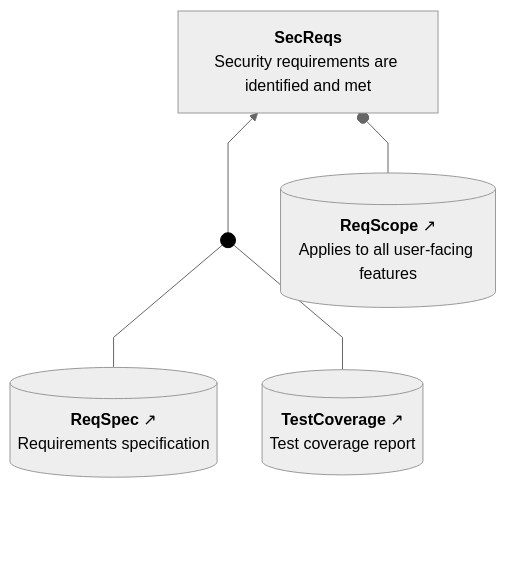
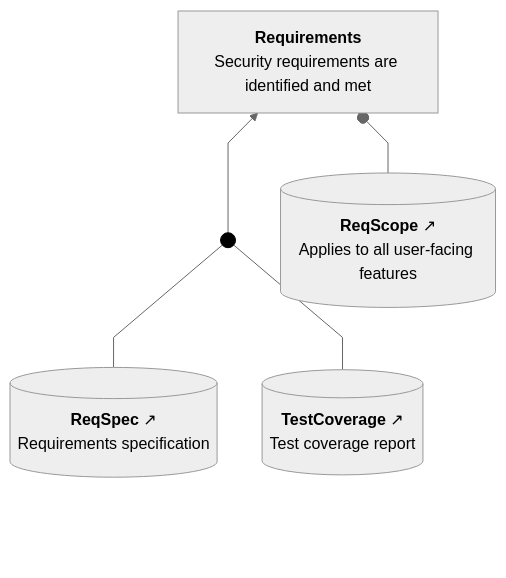
One commit to david-a-wheeler/caseproc changed the second of 3 diagrams in tests/fixtures/badgeapp-doc-input.expected.md. Above: the diagram before and after it, drawn with Mermaid. The commit also changed other lines of this file and 6 other files, not shown here.

````diff
--- a/tests/fixtures/badgeapp-doc-input.expected.md
+++ b/tests/fixtures/badgeapp-doc-input.expected.md
@@ -56,30 +56,30 @@
 ```mermaid
 ---
 config:
   theme: neutral
   flowchart:
     curve: linear
     htmlLabels: true
     rankSpacing: 60
     nodeSpacing: 45
     padding: 15
 ---
 flowchart BT
     classDef invisible opacity:0
     classDef sacmDot fill:#000,stroke:#000
     classDef connector fill:none,stroke:#cccccc,stroke-width:1px;
     classDef abstractClaim stroke-width:2px,stroke-dasharray: 5 5;
-    SecReqs["<b>SecReqs</b><br>Security requirements are identified and met"]
+    Requirements["<b>Requirements</b><br>Security requirements are identified and met"]
     ReqSpec[("<b>ReqSpec</b>&nbsp;↗<br>Requirements specification")]
     TestCoverage[("<b>TestCoverage</b>&nbsp;↗<br>Test coverage report")]
     ReqScope[("<b>ReqScope</b>&nbsp;↗<br>Applies to all user-facing features")]
     Dot1((" ")):::sacmDot
     click ReqSpec "docs/requirements.md"
     click TestCoverage "reports/coverage.html"
 
     BottomPadding[ ]:::invisible ~~~ ReqSpec
     ReqSpec --- Dot1
     TestCoverage --- Dot1
-    Dot1 --> SecReqs
-    ReqScope --o SecReqs
+    Dot1 --> Requirements
+    ReqScope --o Requirements
 ```
````
